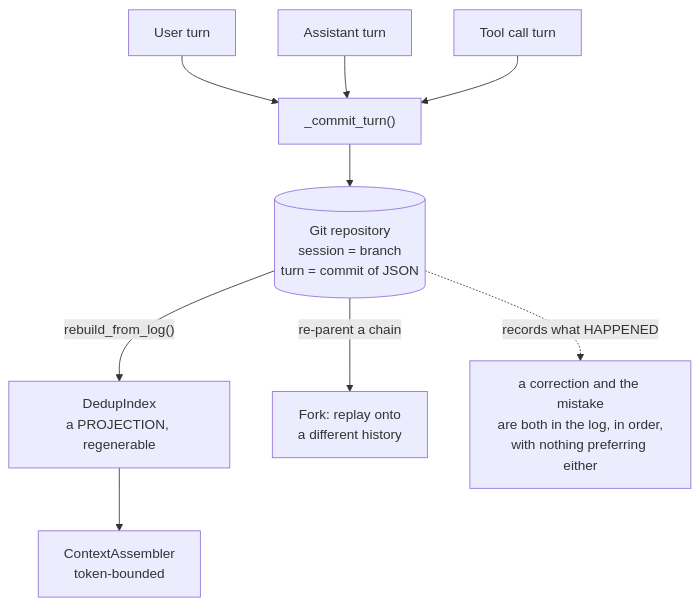
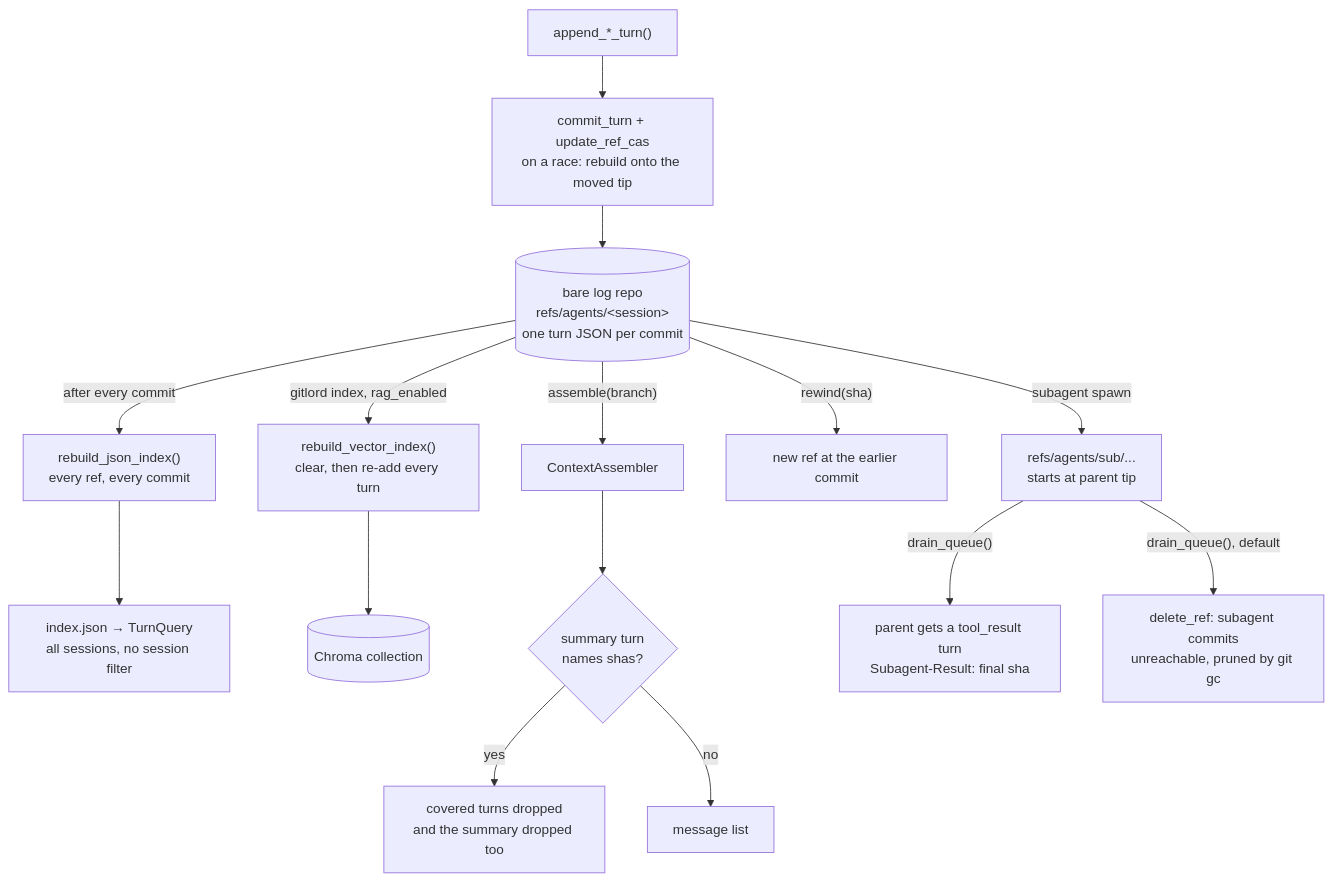
The diagram in content/systems/gitlord.md (neoneye/agent-memory-atlas), drawn with Mermaid before and after one commit. The commit also changed other lines of this file and 21 other files, not shown here.

Commit message:
Audit GitLord at the unchanged pin: negative_eval withdrawn (context assembly), six claims corrected

````diff
--- a/content/systems/gitlord.md
+++ b/content/systems/gitlord.md
@@ -93,12 +89,18 @@
 ```mermaid
-%% caption: a session is a branch and a turn is a commit, so the dedup index is a regenerable projection and a fork is a replay onto a different history — the log records what happened, with a correction and the mistake both in it and nothing preferring either
+%% caption: every turn is a commit on a session ref and both indexes are rebuilt from the log; a summary turn removes its covered turns and itself from the assembled context, and a drained subagent's ref is deleted so its commits become unreachable while the parent's trailer still names the sha
 flowchart TB
-    U["User turn"] --> C["_commit_turn()"]
-    A["Assistant turn"] --> C
-    T["Tool call turn"] --> C
-    C --> G[("Git repository<br/>session = branch<br/>turn = commit of JSON")]
-    G -->|"rebuild_from_log()"| Idx["DedupIndex<br/>a PROJECTION, regenerable"]
-    Idx --> Asm["ContextAssembler<br/>token-bounded"]
-    G -->|"re-parent a chain"| Fork["Fork: replay onto<br/>a different history"]
-    G -.->|"records what HAPPENED"| Note["a correction and the mistake<br/>are both in the log, in order,<br/>with nothing preferring either"]
+    W["append_*_turn()"] --> CAS["commit_turn + update_ref_cas<br/>on a race: rebuild onto the moved tip"]
+    CAS --> Log[("bare log repo<br/>refs/agents/&lt;session&gt;<br/>one turn JSON per commit")]
+    Log -->|"after every commit"| J["rebuild_json_index()<br/>every ref, every commit"]
+    J --> Q["index.json → TurnQuery<br/>all sessions, no session filter"]
+    Log -->|"gitlord index, rag_enabled"| V["rebuild_vector_index()<br/>clear, then re-add every turn"]
+    V --> C[("Chroma collection")]
+    Log -->|"assemble(branch)"| A["ContextAssembler"]
+    A --> S{"summary turn<br/>names shas?"}
+    S -->|"yes"| Drop["covered turns dropped<br/>and the summary dropped too"]
+    S -->|"no"| M["message list"]
+    Log -->|"rewind(sha)"| R["new ref at the earlier commit"]
+    Log -->|"subagent spawn"| Sub["refs/agents/sub/...<br/>starts at parent tip"]
+    Sub -->|"drain_queue()"| Res["parent gets a tool_result turn<br/>Subagent-Result: final sha"]
+    Sub -->|"drain_queue(), default"| Del["delete_ref: subagent commits<br/>unreachable, pruned by git gc"]
 ```
````
